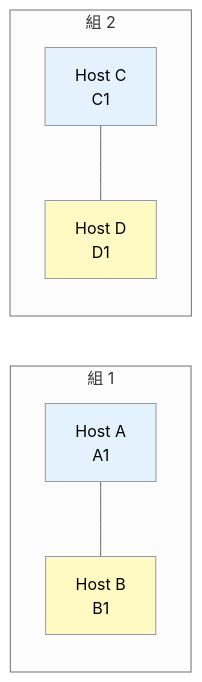
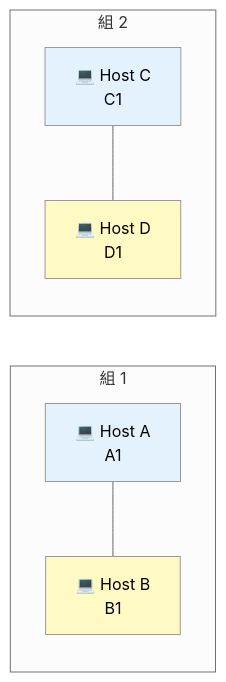
One commit to Tsunanko/netpractice-guide changed the diagram in docs/02-levels/level1.md. Above: the diagram before and after it, drawn with Mermaid (neutral theme). The commit also changed other lines of this file and 14 other files, not shown here.

First line of the commit message:
Add visual progress diagrams and elementary explanations

````diff
--- a/docs/02-levels/level1.md
+++ b/docs/02-levels/level1.md
@@ -30,18 +31,18 @@
 ```mermaid
 flowchart LR
     subgraph pair1 [組 1]
-      A[Host A<br>A1]
-      B[Host B<br>B1]
+      A[💻 Host A<br>A1]
+      B[💻 Host B<br>B1]
       A --- B
     end
     subgraph pair2 [組 2]
-      C[Host C<br>C1]
-      D[Host D<br>D1]
+      C[💻 Host C<br>C1]
+      D[💻 Host D<br>D1]
       C --- D
     end
 
     style A fill:#E3F2FD
     style B fill:#FFF9C4
     style C fill:#E3F2FD
     style D fill:#FFF9C4
 ```
````
